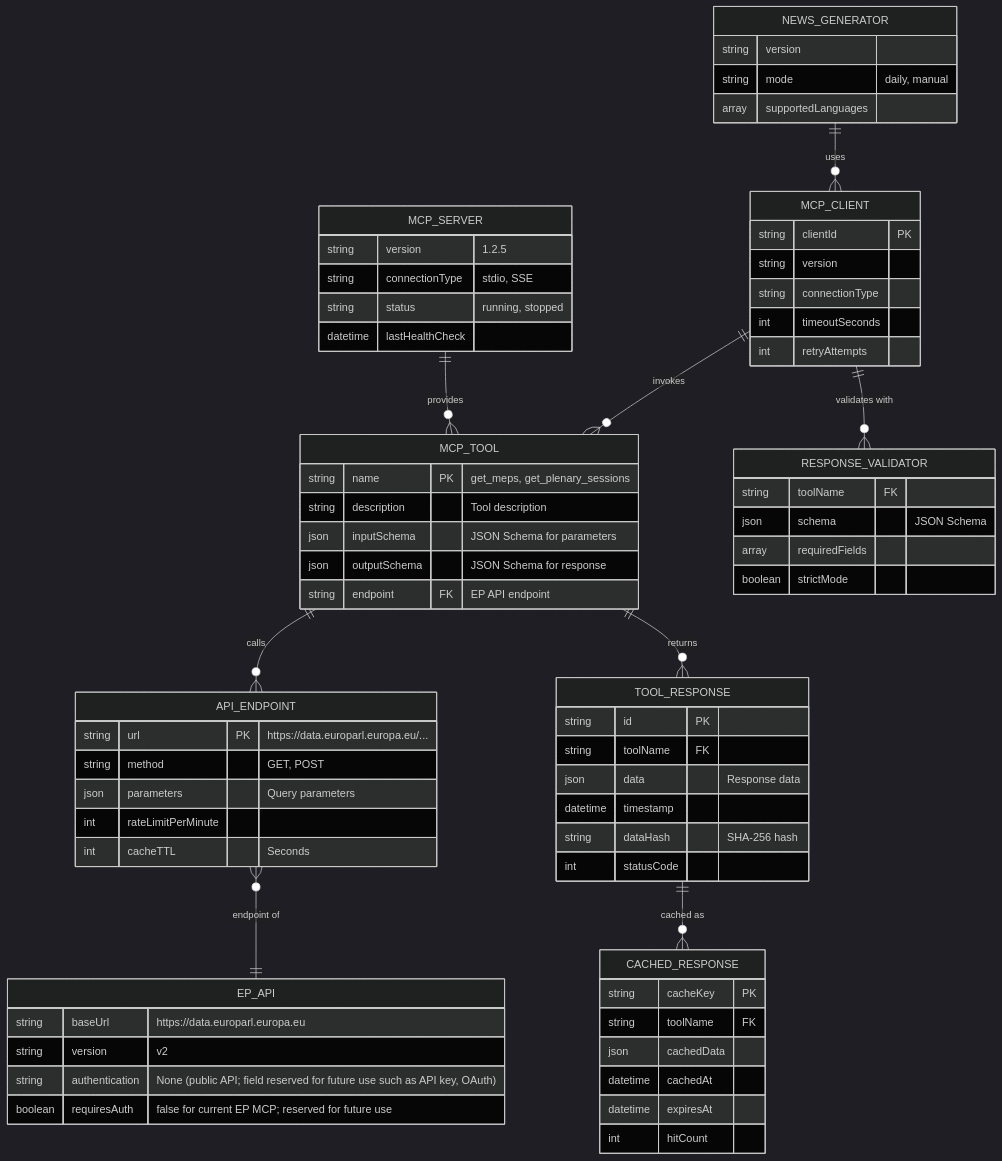
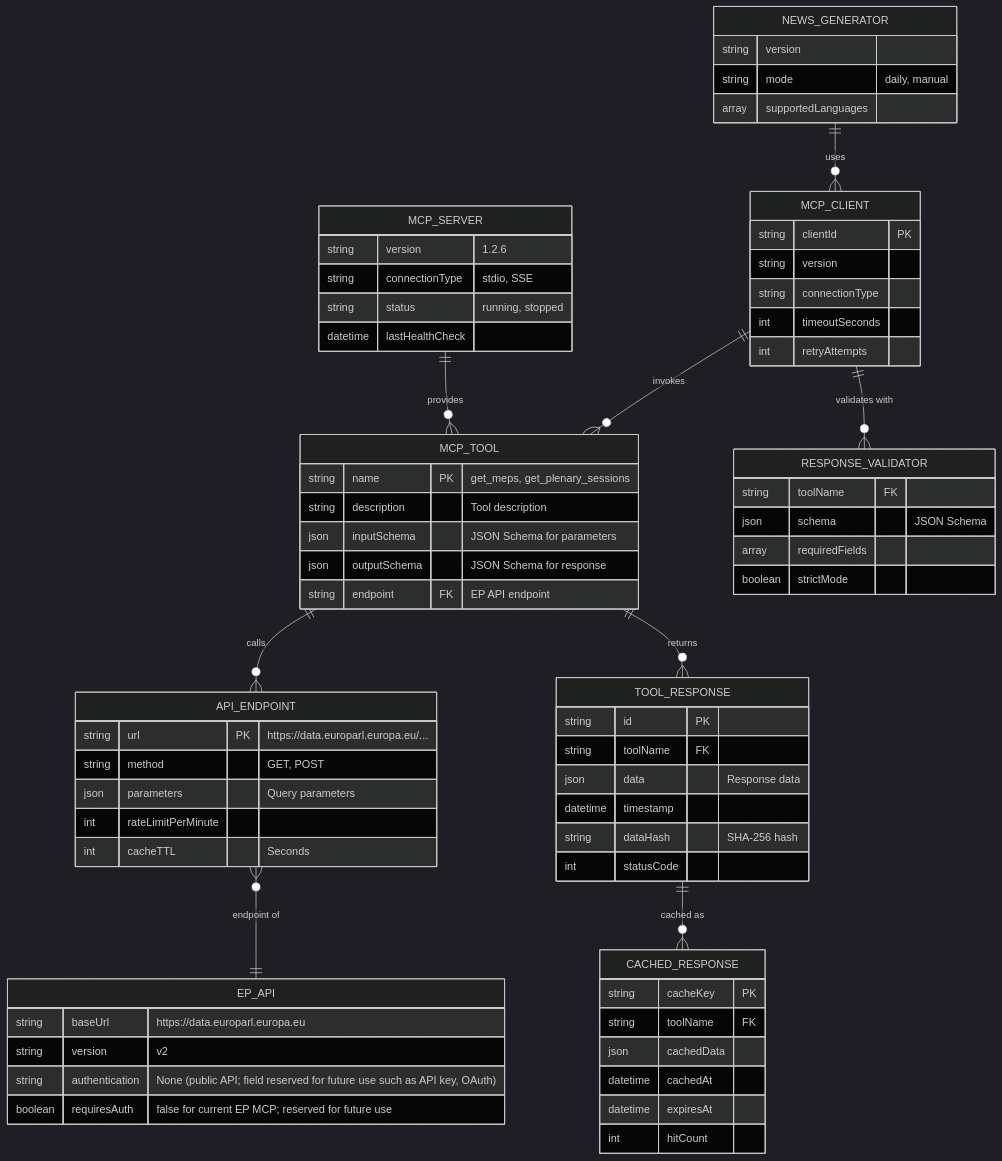
One commit to Hack23/euparliamentmonitor changed the third of 9 diagrams in DATA_MODEL.md. Above: the diagram before and after it, drawn with Mermaid (dark theme). The commit also changed 38 other files, not shown here.

````diff
--- a/DATA_MODEL.md
+++ b/DATA_MODEL.md
@@ -653,81 +653,81 @@
 ```mermaid
 erDiagram
     MCP_SERVER ||--o{ MCP_TOOL : "provides"
     MCP_TOOL ||--o{ API_ENDPOINT : "calls"
     API_ENDPOINT }o--|| EP_API : "endpoint of"
     MCP_TOOL ||--o{ TOOL_RESPONSE : "returns"
     TOOL_RESPONSE ||--o{ CACHED_RESPONSE : "cached as"
 
     NEWS_GENERATOR ||--o{ MCP_CLIENT : "uses"
     MCP_CLIENT ||--o{ MCP_TOOL : "invokes"
     MCP_CLIENT ||--o{ RESPONSE_VALIDATOR : "validates with"
 
     MCP_SERVER {
-        string version "1.2.5"
+        string version "1.2.6"
         string connectionType "stdio, SSE"
         string status "running, stopped"
         datetime lastHealthCheck
     }
 
     MCP_TOOL {
         string name PK "get_meps, get_plenary_sessions"
         string description "Tool description"
         json inputSchema "JSON Schema for parameters"
         json outputSchema "JSON Schema for response"
         string endpoint FK "EP API endpoint"
     }
 
     API_ENDPOINT {
         string url PK "https://data.europarl.europa.eu/..."
         string method "GET, POST"
         json parameters "Query parameters"
         int rateLimitPerMinute
         int cacheTTL "Seconds"
     }
 
     EP_API {
         string baseUrl "https://data.europarl.europa.eu"
         string version "v2"
         string authentication "None (public API; field reserved for future use such as API key, OAuth)"
         boolean requiresAuth "false for current EP MCP; reserved for future use"
     }
 
     TOOL_RESPONSE {
         string id PK
         string toolName FK
         json data "Response data"
         datetime timestamp
         string dataHash "SHA-256 hash"
         int statusCode
     }
 
     CACHED_RESPONSE {
         string cacheKey PK
         string toolName FK
         json cachedData
         datetime cachedAt
         datetime expiresAt
         int hitCount
     }
 
     MCP_CLIENT {
         string clientId PK
         string version
         string connectionType
         int timeoutSeconds
         int retryAttempts
     }
 
     RESPONSE_VALIDATOR {
         string toolName FK
         json schema "JSON Schema"
         array requiredFields
         boolean strictMode
     }
 
     NEWS_GENERATOR {
         string version
         string mode "daily, manual"
         array supportedLanguages
     }
 ```
````
